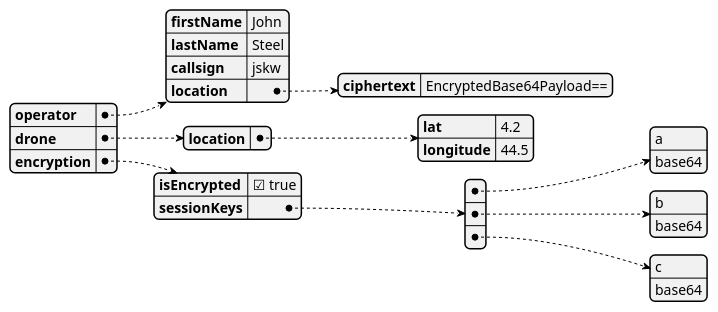
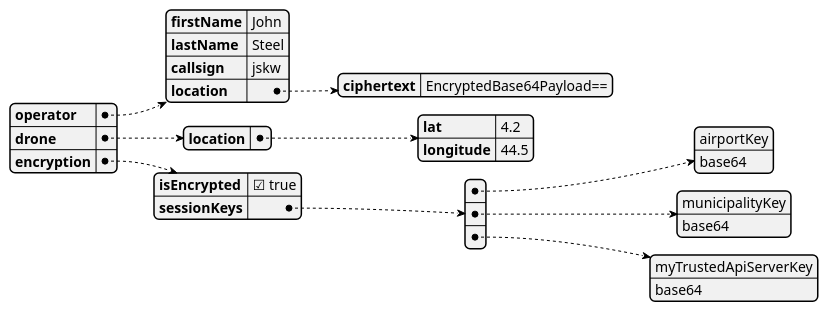
One commit to BlackthornYugen/d2x changed the first of 3 diagrams in json.pu. Above: the diagram before and after it, drawn with PlantUML. The commit also changed other lines of this file and 3 other files, not shown here.

```diff
--- a/json.pu
+++ b/json.pu
@@ -1,22 +1,22 @@
 @startjson droneEncrypted
 {
   "operator": {
     "firstName": "John",  
     "lastName": "Steel",
     "callsign": "jskw",
     "location": {
       "ciphertext": "EncryptedBase64Payload=="
     }
   },
   "drone": {
     "location": {
       "lat": 4.2,
       "longitude": 44.5
     }
   },
   "encryption": {
     "isEncrypted": true,
-    "sessionKeys": [["a", "base64"], ["b", "base64"], ["c", "base64"]]
+    "sessionKeys": [["airportKey", "base64"], ["municipalityKey", "base64"], ["myTrustedApiServerKey", "base64"]]
   }
 }
 @endjson
```
